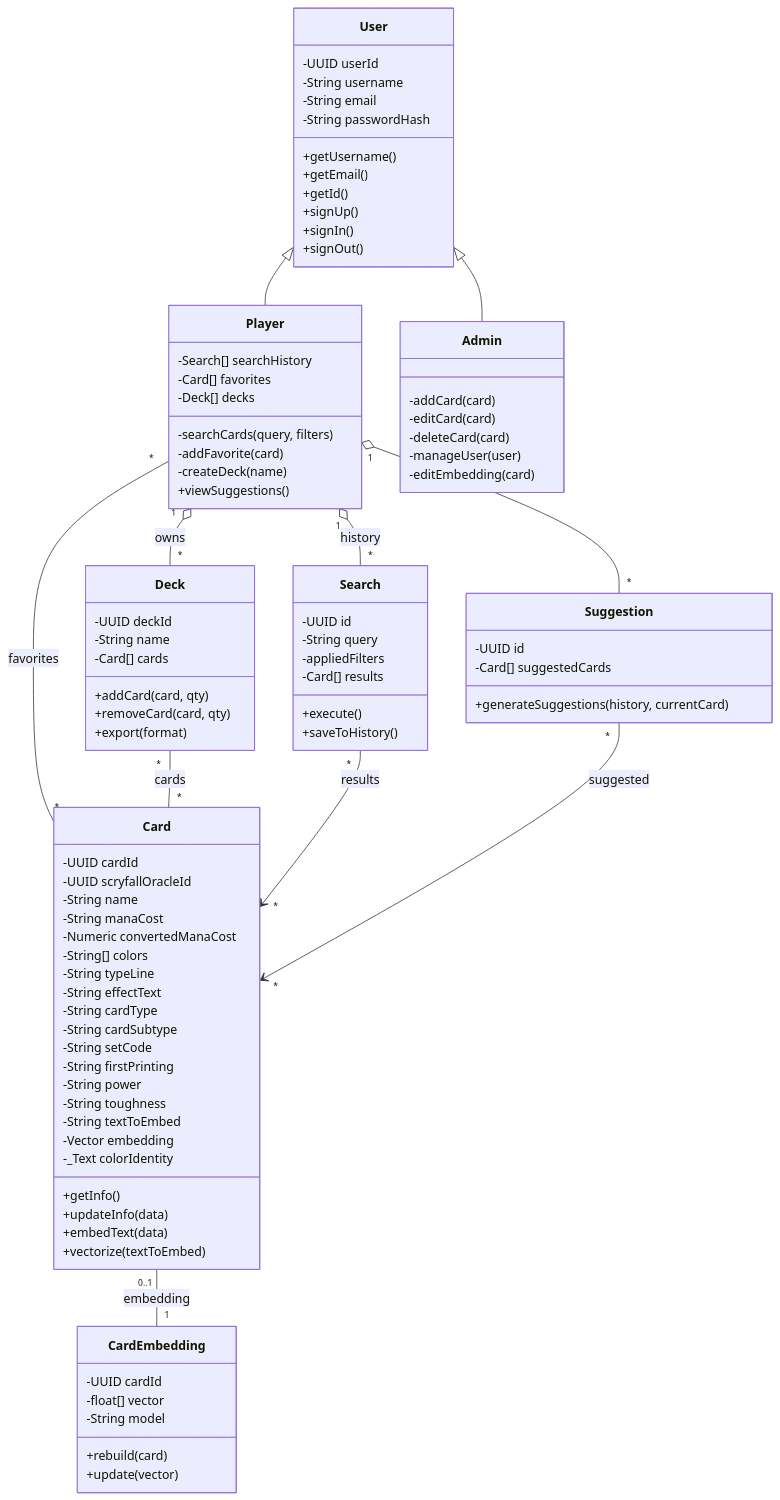
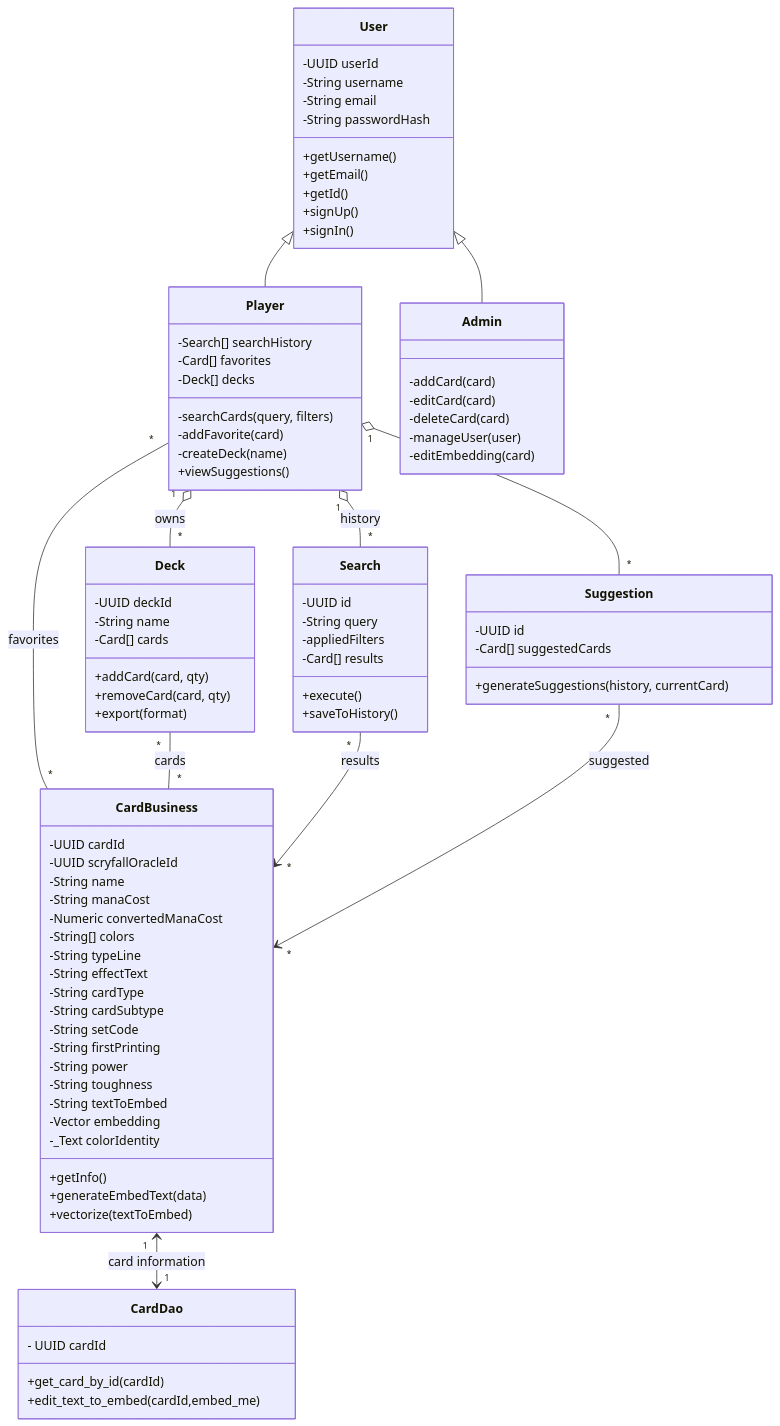
Before and after one commit to projet-info-2A-ensai-grp4/MagicSearch-2A: the diagram in doc/diagrams/class_diagram.md, drawn with Mermaid. The commit also changed 3 other files, not shown here.

Commit message:
cardDao class sort of implemented

````diff
--- a/doc/diagrams/class_diagram.md
+++ b/doc/diagrams/class_diagram.md
@@ -1,5 +1,4 @@
 ```mermaid
-
 classDiagram
     class User {
         -UUID userId
@@ -11,7 +10,6 @@
         +getId()
         +signUp()
         +signIn()
-        +signOut()
     }
 
     class Player {
@@ -36,7 +34,7 @@
     User <|-- Admin
 
 
-    class Card {
+    class CardBusiness {
         -UUID cardId
         -UUID scryfallOracleId
         -String name
@@ -55,11 +53,15 @@
         -Vector embedding
         -_Text colorIdentity
         +getInfo()
-        +updateInfo(data)
-        +embedText(data)
+        +generateEmbedText(data)
         +vectorize(textToEmbed)
     }
 
+    class CardDao {
+        - UUID cardId
+        +get_card_by_id(cardId)
+        +edit_text_to_embed(cardId,embed_me)
+    }
     class Deck {
         -UUID deckId
         -String name
@@ -84,22 +86,12 @@
         +generateSuggestions(history, currentCard)
     }
 
-    class CardEmbedding {
-        -UUID cardId
-        -float[] vector
-        -String model
-        +rebuild(card)
-        +update(vector)
-    }
-
-
     Player "1" o-- "*" Search : history
     Player "1" o-- "*" Deck : owns
-    Player "*" -- "*" Card : favorites
-    Deck "*" -- "*" Card : cards
-    Search "*" --> "*" Card : results
+    Player "*" -- "*" CardBusiness : favorites
+    Deck "*" -- "*" CardBusiness : cards
+    Search "*" --> "*" CardBusiness : results
     Player "1" o-- "*" Suggestion
-    Suggestion "*" --> "*" Card : suggested
-    Card "0..1" -- "1" CardEmbedding : embedding
-
+    Suggestion "*" --> "*" CardBusiness : suggested
+    CardBusiness "1" <--> "1" CardDao: card information
 ```
````
